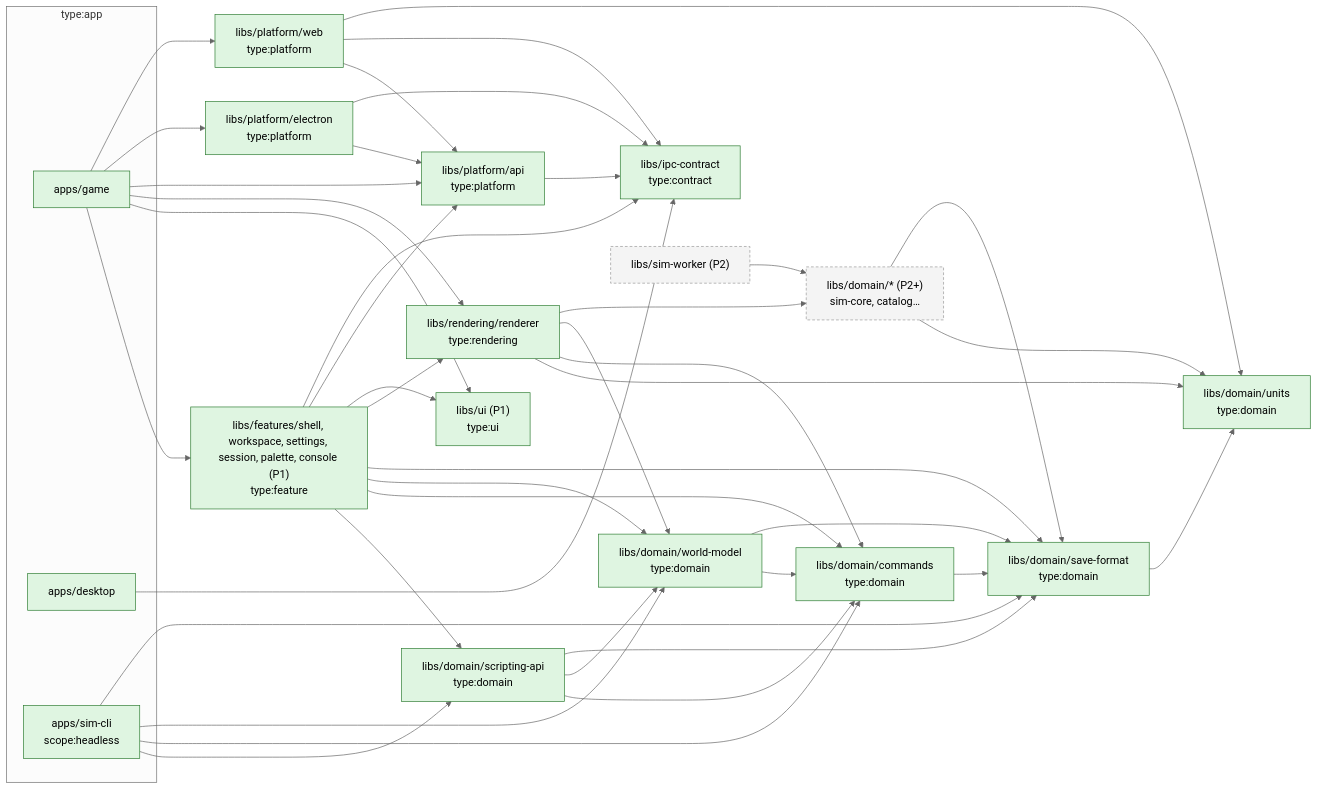
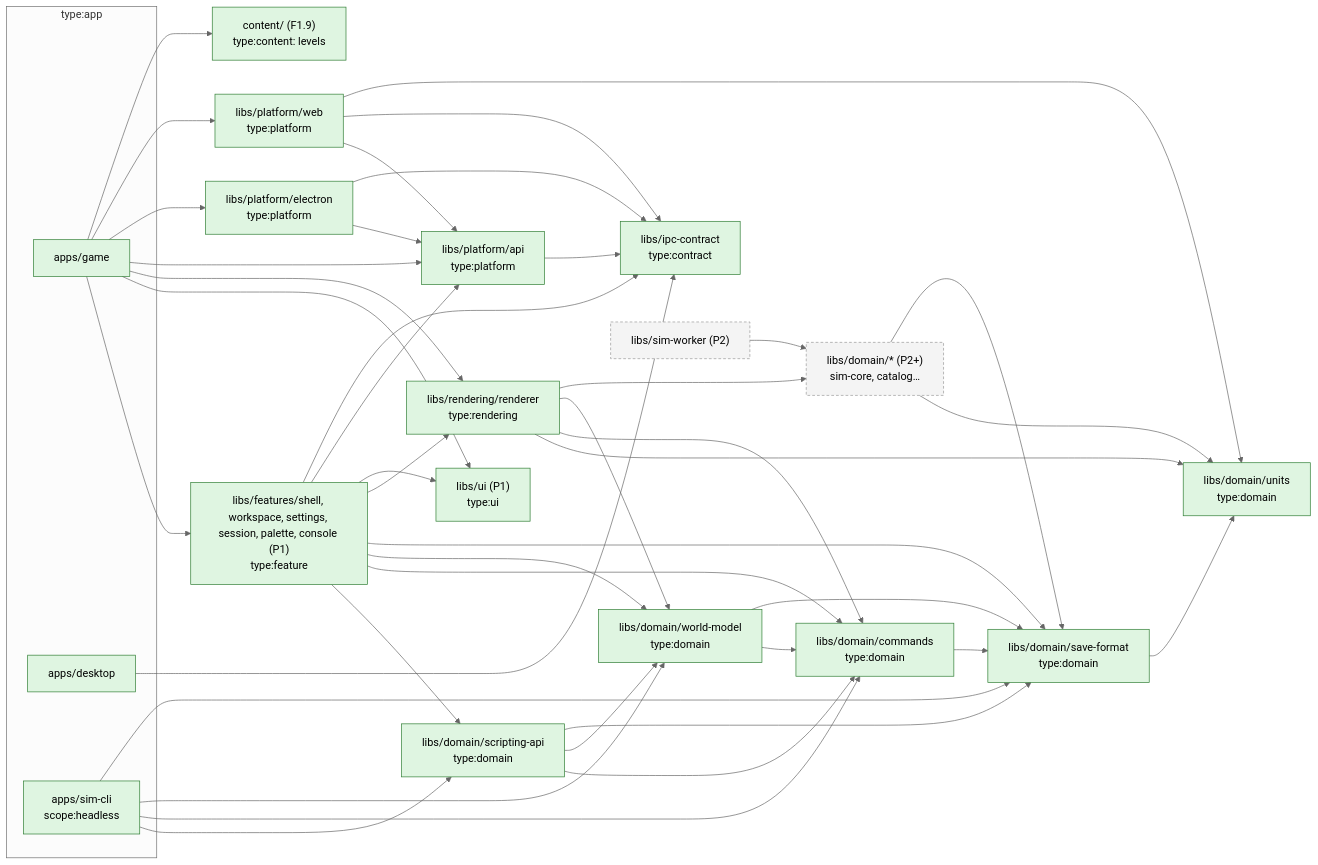
One commit to joebarbere/controls changed the second of 3 diagrams in docs/architecture/overview.md. Above: the diagram before and after it, drawn with Mermaid (neutral theme). The commit also changed other lines of this file and 101 other files, not shown here.

````diff
--- a/docs/architecture/overview.md
+++ b/docs/architecture/overview.md
@@ -70,42 +70,43 @@
 ```mermaid
 flowchart LR
     classDef p0 fill:#dff5e1,stroke:#2e7d32;
     classDef later fill:#f4f4f4,stroke:#999,stroke-dasharray: 4 3;
 
     subgraph apps["type:app"]
         GAME["apps/game"]:::p0
         DESK["apps/desktop"]:::p0
         SIMCLI["apps/sim-cli<br/>scope:headless"]:::p0
     end
 
     FEAT["libs/features/shell, workspace, settings, session, palette, console (P1)<br/>type:feature"]:::p0
     UI["libs/ui (P1)<br/>type:ui"]:::p0
     REND["libs/rendering/renderer<br/>type:rendering"]:::p0
     PAPI["libs/platform/api<br/>type:platform"]:::p0
     PEL["libs/platform/electron<br/>type:platform"]:::p0
     PWEB["libs/platform/web<br/>type:platform"]:::p0
     IPC["libs/ipc-contract<br/>type:contract"]:::p0
     UNITS["libs/domain/units<br/>type:domain"]:::p0
     SF["libs/domain/save-format<br/>type:domain"]:::p0
     CMDS["libs/domain/commands<br/>type:domain"]:::p0
     WM["libs/domain/world-model<br/>type:domain"]:::p0
     SAPI["libs/domain/scripting-api<br/>type:domain"]:::p0
+    CONTENT["content/ (F1.9)<br/>type:content: levels"]:::p0
     DOM["libs/domain/* (P2+)<br/>sim-core, catalog…"]:::later
     WORKER["libs/sim-worker (P2)"]:::later
 
-    GAME --> FEAT & UI & REND & PAPI & PEL & PWEB
+    GAME --> FEAT & UI & REND & PAPI & PEL & PWEB & CONTENT
     DESK --> IPC
     SIMCLI --> SAPI & CMDS & WM & SF
     FEAT --> SAPI & CMDS & WM & SF & REND & UI & PAPI & IPC
     REND --> UNITS & CMDS & WM & DOM
     PAPI --> IPC
     PEL --> PAPI & IPC
     PWEB --> PAPI & IPC & UNITS
     WORKER --> DOM
     DOM --> UNITS
     SF --> UNITS
     CMDS --> SF
     WM --> CMDS & SF
     SAPI --> CMDS & WM & SF
     DOM --> SF
 ```
````
